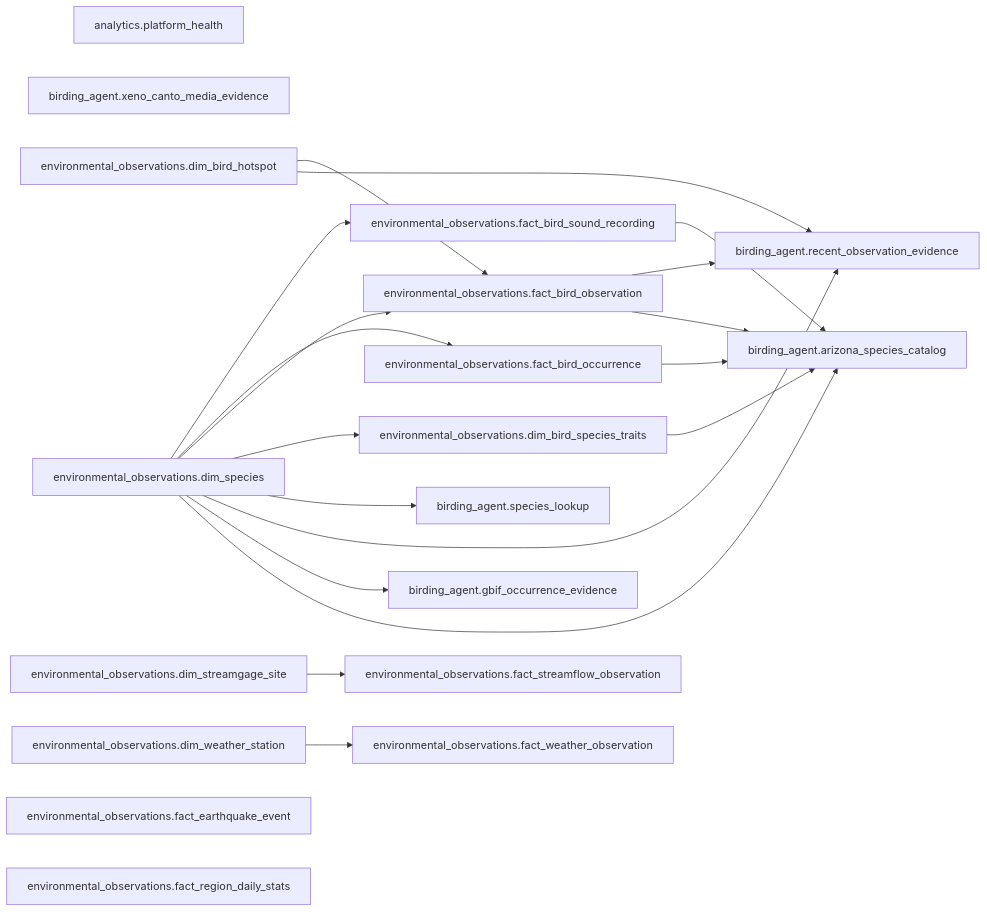
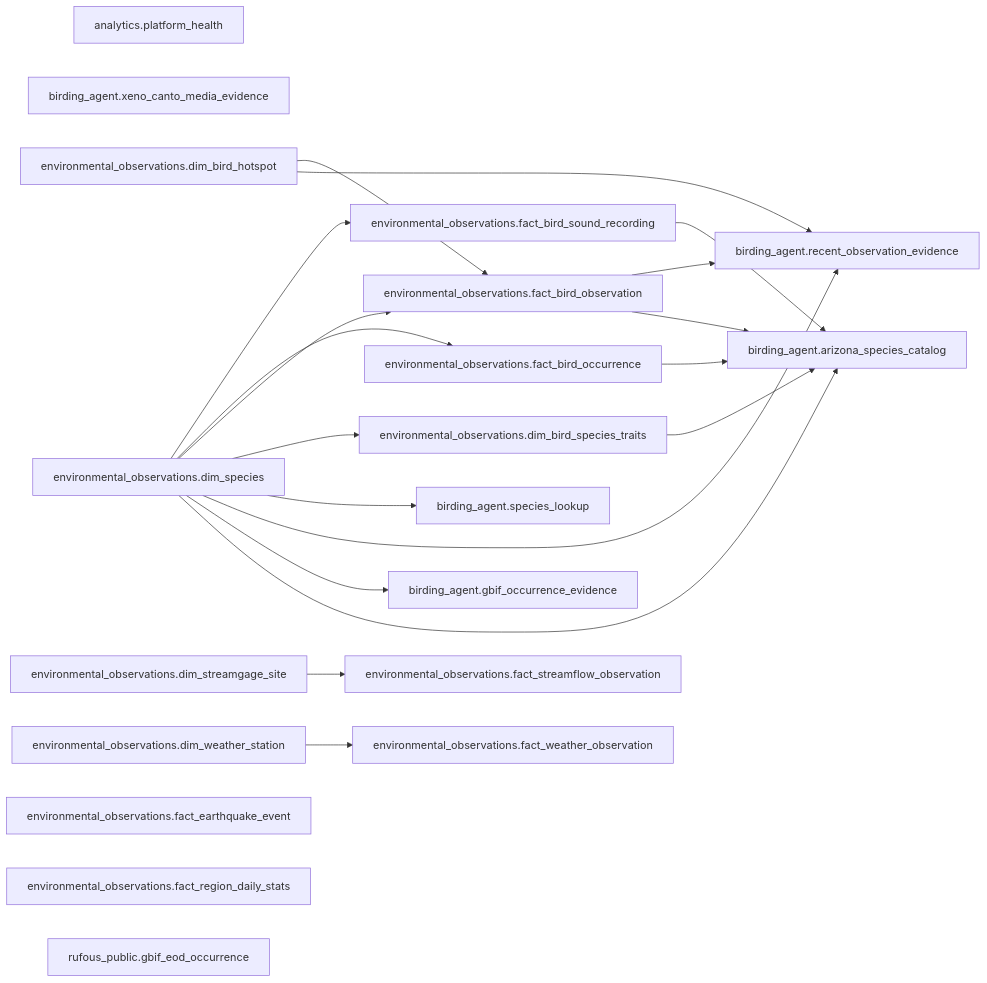
The diagram in docs/dictionary/lineage.md (Doctacon/databox), drawn with Mermaid before and after one commit. The commit also changed 71 other files, not shown here.

Commit message:
feat: launch Rufous as a static public app

````diff
--- a/docs/dictionary/lineage.md
+++ b/docs/dictionary/lineage.md
@@ -5,57 +5,59 @@
 ```mermaid
 graph LR
     n0["analytics.platform_health"]
     n1["birding_agent.arizona_species_catalog"]
     n2["birding_agent.gbif_occurrence_evidence"]
     n3["birding_agent.recent_observation_evidence"]
     n4["birding_agent.species_lookup"]
     n5["birding_agent.xeno_canto_media_evidence"]
     n6["environmental_observations.dim_bird_hotspot"]
     n7["environmental_observations.dim_bird_species_traits"]
     n8["environmental_observations.dim_species"]
     n9["environmental_observations.dim_streamgage_site"]
     n10["environmental_observations.dim_weather_station"]
     n11["environmental_observations.fact_bird_observation"]
     n12["environmental_observations.fact_bird_occurrence"]
     n13["environmental_observations.fact_bird_sound_recording"]
     n14["environmental_observations.fact_earthquake_event"]
     n15["environmental_observations.fact_region_daily_stats"]
     n16["environmental_observations.fact_streamflow_observation"]
     n17["environmental_observations.fact_weather_observation"]
+    n18["rufous_public.gbif_eod_occurrence"]
     n7 --> n1
     n8 --> n1
     n11 --> n1
     n12 --> n1
     n13 --> n1
     n8 --> n2
     n6 --> n3
     n8 --> n3
     n11 --> n3
     n8 --> n4
     n8 --> n7
     n6 --> n11
     n8 --> n11
     n8 --> n12
     n8 --> n13
     n9 --> n16
     n10 --> n17
 
     click n0 "analytics/platform_health.md"
     click n1 "birding_agent/arizona_species_catalog.md"
     click n2 "birding_agent/gbif_occurrence_evidence.md"
     click n3 "birding_agent/recent_observation_evidence.md"
     click n4 "birding_agent/species_lookup.md"
     click n5 "birding_agent/xeno_canto_media_evidence.md"
     click n6 "environmental_observations/dim_bird_hotspot.md"
     click n7 "environmental_observations/dim_bird_species_traits.md"
     click n8 "environmental_observations/dim_species.md"
     click n9 "environmental_observations/dim_streamgage_site.md"
     click n10 "environmental_observations/dim_weather_station.md"
     click n11 "environmental_observations/fact_bird_observation.md"
     click n12 "environmental_observations/fact_bird_occurrence.md"
     click n13 "environmental_observations/fact_bird_sound_recording.md"
     click n14 "environmental_observations/fact_earthquake_event.md"
     click n15 "environmental_observations/fact_region_daily_stats.md"
     click n16 "environmental_observations/fact_streamflow_observation.md"
     click n17 "environmental_observations/fact_weather_observation.md"
+    click n18 "rufous_public/gbif_eod_occurrence.md"
 ```
````
